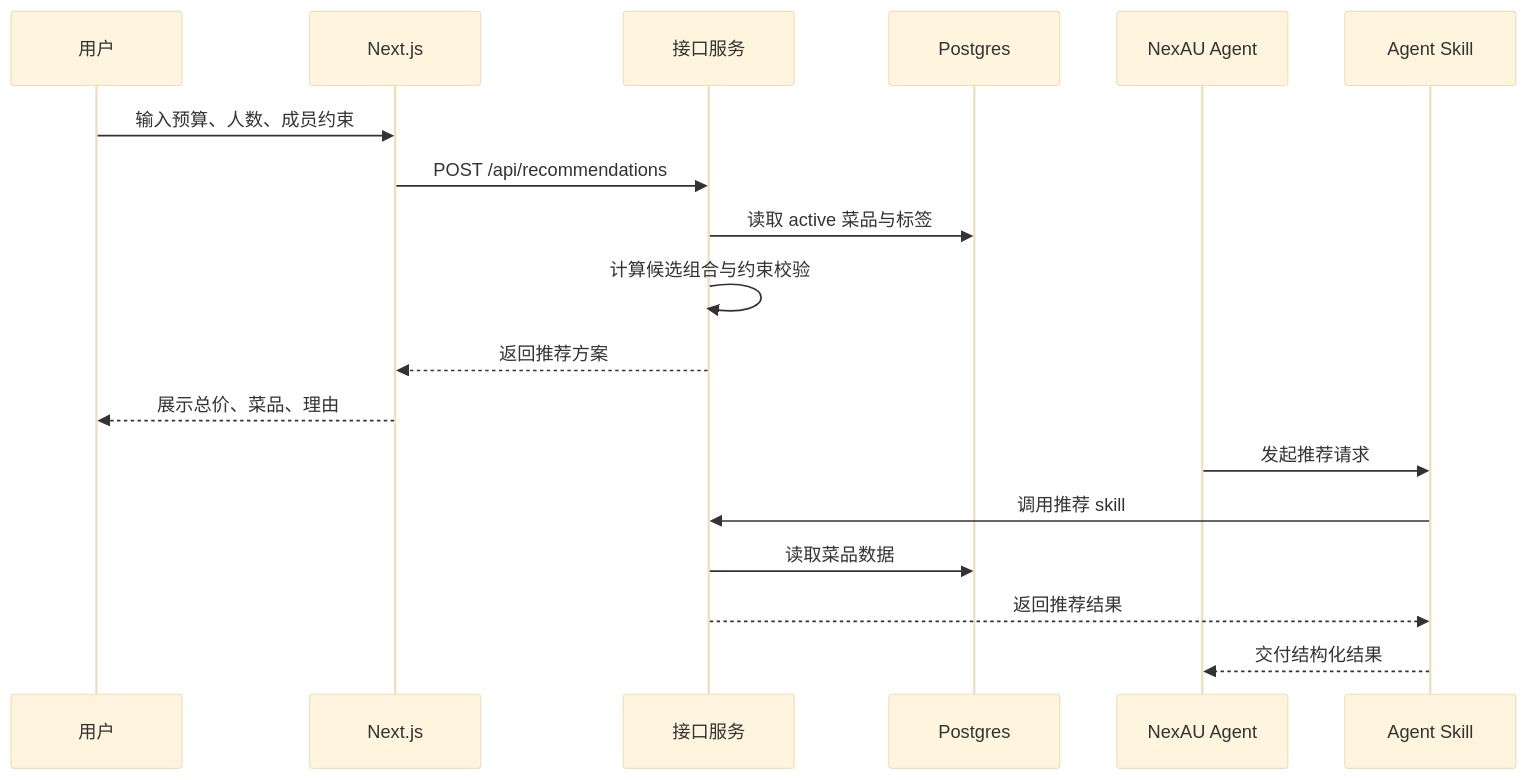
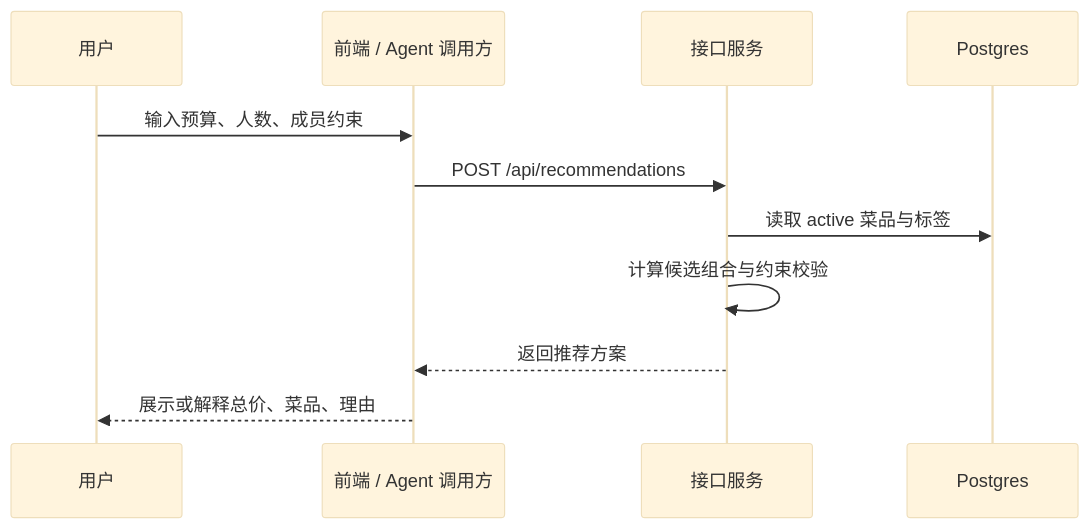
The second of 5 diagrams in docs/rfcs/0002-ordering-system-architecture.md (leoli-jpg/north-hackathon-team-5-ordering), drawn with Mermaid (base theme) before and after one commit. The commit also changed other lines of this file and 16 other files, not shown here.

First line of the commit message:
RFC-0002: ordering API and database schema (#12)

````diff
--- a/docs/rfcs/0002-ordering-system-architecture.md
+++ b/docs/rfcs/0002-ordering-system-architecture.md
@@ -369,22 +383,14 @@
 ```mermaid
 sequenceDiagram
     participant U as 用户
-    participant FE as Next.js
+    participant FE as 前端 / Agent 调用方
     participant API as 接口服务
     participant DB as Postgres
-    participant AG as NexAU Agent
-    participant SK as Agent Skill
 
     U->>FE: 输入预算、人数、成员约束
     FE->>API: POST /api/recommendations
     API->>DB: 读取 active 菜品与标签
     API->>API: 计算候选组合与约束校验
     API-->>FE: 返回推荐方案
-    FE-->>U: 展示总价、菜品、理由
-
-    AG->>SK: 发起推荐请求
-    SK->>API: 调用推荐 skill
-    API->>DB: 读取菜品数据
-    API-->>SK: 返回推荐结果
-    SK-->>AG: 交付结构化结果
+    FE-->>U: 展示或解释总价、菜品、理由
 ```
````
